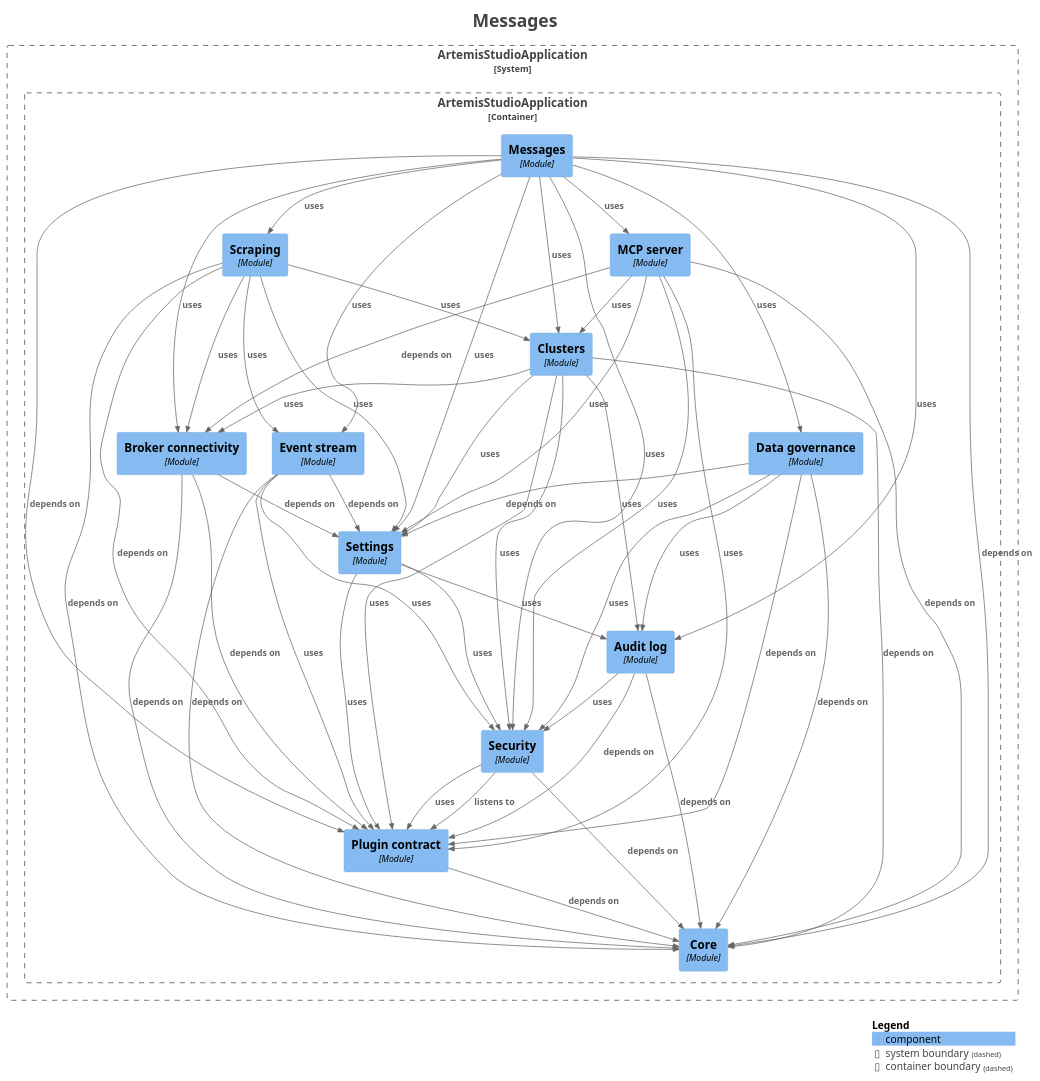
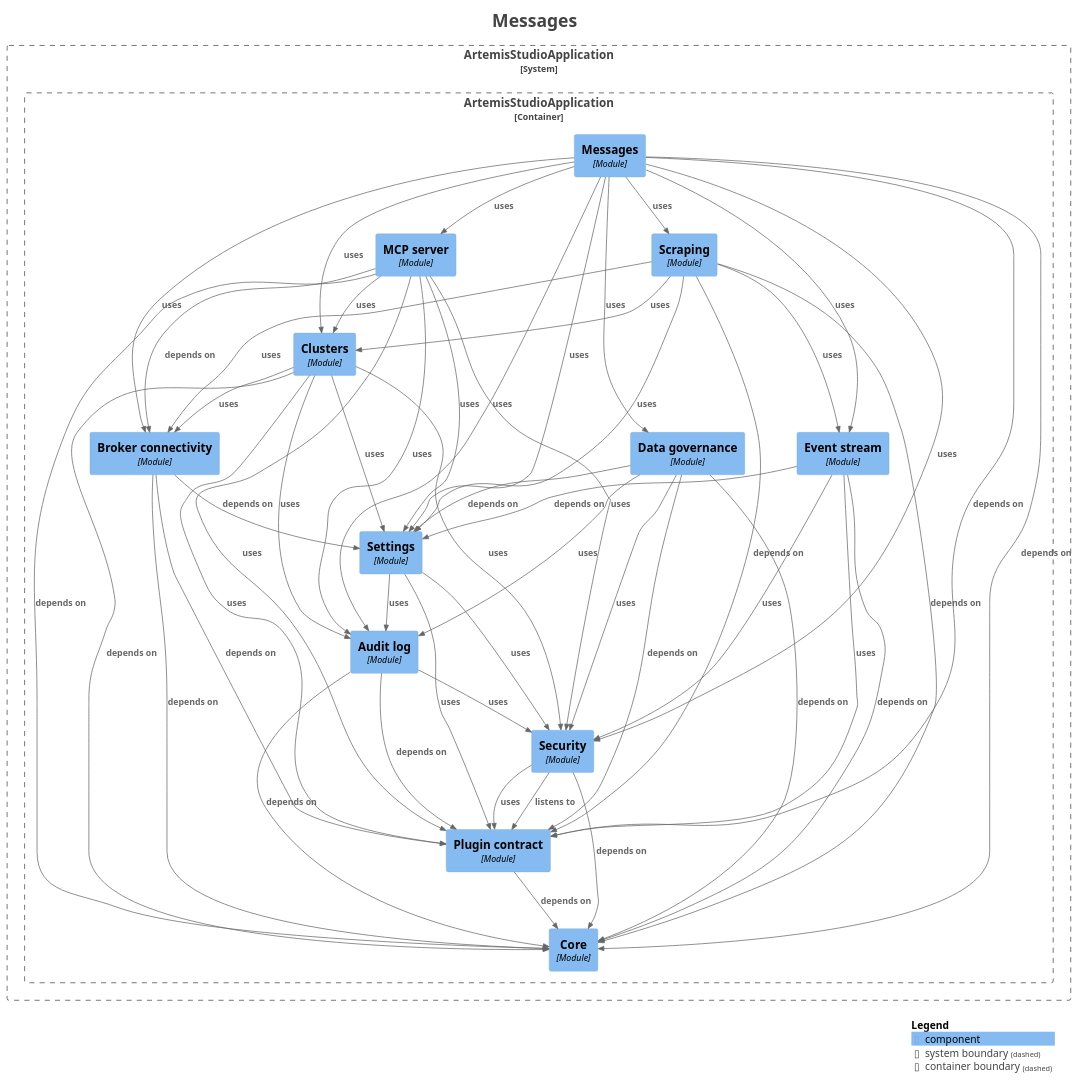
One commit to sudoitir/artemis-studio changed the diagram in docs/modules/module-feature.messages.puml. Above: the diagram before and after it, drawn with PlantUML. The commit also changed 24 other files, not shown here.

```diff
--- a/docs/modules/module-feature.messages.puml
+++ b/docs/modules/module-feature.messages.puml
@@ -1,90 +1,91 @@
 @startuml
 title <size:24>Messages</size>
 
 set separator none
 top to bottom direction
 
 <style>
   root {
     BackgroundColor: #ffffff
     FontColor: #444444
   }
 </style>
 
 !include <C4/C4>
 !include <C4/C4_Context>
 !include <C4/C4_Component>
 
 System_Boundary("ArtemisStudioApplication_boundary", "ArtemisStudioApplication", $tags="") {
   Container_Boundary("ArtemisStudioApplication.ArtemisStudioApplication_boundary", "ArtemisStudioApplication", $tags="") {
     Component(ArtemisStudioApplication.ArtemisStudioApplication.Settings, "Settings", $techn="Module", $descr="", $tags="", $link="")
     Component(ArtemisStudioApplication.ArtemisStudioApplication.Eventstream, "Event stream", $techn="Module", $descr="", $tags="", $link="")
     Component(ArtemisStudioApplication.ArtemisStudioApplication.Brokerconnectivity, "Broker connectivity", $techn="Module", $descr="", $tags="", $link="")
     Component(ArtemisStudioApplication.ArtemisStudioApplication.Clusters, "Clusters", $techn="Module", $descr="", $tags="", $link="")
     Component(ArtemisStudioApplication.ArtemisStudioApplication.Datagovernance, "Data governance", $techn="Module", $descr="", $tags="", $link="")
     Component(ArtemisStudioApplication.ArtemisStudioApplication.MCPserver, "MCP server", $techn="Module", $descr="", $tags="", $link="")
     Component(ArtemisStudioApplication.ArtemisStudioApplication.Scraping, "Scraping", $techn="Module", $descr="", $tags="", $link="")
     Component(ArtemisStudioApplication.ArtemisStudioApplication.Messages, "Messages", $techn="Module", $descr="", $tags="", $link="")
     Component(ArtemisStudioApplication.ArtemisStudioApplication.Core, "Core", $techn="Module", $descr="", $tags="", $link="")
     Component(ArtemisStudioApplication.ArtemisStudioApplication.Plugincontract, "Plugin contract", $techn="Module", $descr="", $tags="", $link="")
     Component(ArtemisStudioApplication.ArtemisStudioApplication.Security, "Security", $techn="Module", $descr="", $tags="", $link="")
     Component(ArtemisStudioApplication.ArtemisStudioApplication.Auditlog, "Audit log", $techn="Module", $descr="", $tags="", $link="")
   }
 
 }
 
 Rel(ArtemisStudioApplication.ArtemisStudioApplication.Auditlog, ArtemisStudioApplication.ArtemisStudioApplication.Core, "depends on", $techn="", $tags="", $link="")
 Rel(ArtemisStudioApplication.ArtemisStudioApplication.Auditlog, ArtemisStudioApplication.ArtemisStudioApplication.Plugincontract, "depends on", $techn="", $tags="", $link="")
 Rel(ArtemisStudioApplication.ArtemisStudioApplication.Auditlog, ArtemisStudioApplication.ArtemisStudioApplication.Security, "uses", $techn="", $tags="", $link="")
 Rel(ArtemisStudioApplication.ArtemisStudioApplication.Brokerconnectivity, ArtemisStudioApplication.ArtemisStudioApplication.Core, "depends on", $techn="", $tags="", $link="")
 Rel(ArtemisStudioApplication.ArtemisStudioApplication.Brokerconnectivity, ArtemisStudioApplication.ArtemisStudioApplication.Plugincontract, "depends on", $techn="", $tags="", $link="")
 Rel(ArtemisStudioApplication.ArtemisStudioApplication.Brokerconnectivity, ArtemisStudioApplication.ArtemisStudioApplication.Settings, "depends on", $techn="", $tags="", $link="")
 Rel(ArtemisStudioApplication.ArtemisStudioApplication.Clusters, ArtemisStudioApplication.ArtemisStudioApplication.Auditlog, "uses", $techn="", $tags="", $link="")
 Rel(ArtemisStudioApplication.ArtemisStudioApplication.Clusters, ArtemisStudioApplication.ArtemisStudioApplication.Brokerconnectivity, "uses", $techn="", $tags="", $link="")
 Rel(ArtemisStudioApplication.ArtemisStudioApplication.Clusters, ArtemisStudioApplication.ArtemisStudioApplication.Core, "depends on", $techn="", $tags="", $link="")
 Rel(ArtemisStudioApplication.ArtemisStudioApplication.Clusters, ArtemisStudioApplication.ArtemisStudioApplication.Plugincontract, "uses", $techn="", $tags="", $link="")
 Rel(ArtemisStudioApplication.ArtemisStudioApplication.Clusters, ArtemisStudioApplication.ArtemisStudioApplication.Security, "uses", $techn="", $tags="", $link="")
 Rel(ArtemisStudioApplication.ArtemisStudioApplication.Clusters, ArtemisStudioApplication.ArtemisStudioApplication.Settings, "uses", $techn="", $tags="", $link="")
 Rel(ArtemisStudioApplication.ArtemisStudioApplication.Datagovernance, ArtemisStudioApplication.ArtemisStudioApplication.Auditlog, "uses", $techn="", $tags="", $link="")
 Rel(ArtemisStudioApplication.ArtemisStudioApplication.Datagovernance, ArtemisStudioApplication.ArtemisStudioApplication.Core, "depends on", $techn="", $tags="", $link="")
 Rel(ArtemisStudioApplication.ArtemisStudioApplication.Datagovernance, ArtemisStudioApplication.ArtemisStudioApplication.Plugincontract, "depends on", $techn="", $tags="", $link="")
 Rel(ArtemisStudioApplication.ArtemisStudioApplication.Datagovernance, ArtemisStudioApplication.ArtemisStudioApplication.Security, "uses", $techn="", $tags="", $link="")
 Rel(ArtemisStudioApplication.ArtemisStudioApplication.Datagovernance, ArtemisStudioApplication.ArtemisStudioApplication.Settings, "depends on", $techn="", $tags="", $link="")
 Rel(ArtemisStudioApplication.ArtemisStudioApplication.Eventstream, ArtemisStudioApplication.ArtemisStudioApplication.Core, "depends on", $techn="", $tags="", $link="")
 Rel(ArtemisStudioApplication.ArtemisStudioApplication.Eventstream, ArtemisStudioApplication.ArtemisStudioApplication.Plugincontract, "uses", $techn="", $tags="", $link="")
 Rel(ArtemisStudioApplication.ArtemisStudioApplication.Eventstream, ArtemisStudioApplication.ArtemisStudioApplication.Security, "uses", $techn="", $tags="", $link="")
 Rel(ArtemisStudioApplication.ArtemisStudioApplication.Eventstream, ArtemisStudioApplication.ArtemisStudioApplication.Settings, "depends on", $techn="", $tags="", $link="")
+Rel(ArtemisStudioApplication.ArtemisStudioApplication.MCPserver, ArtemisStudioApplication.ArtemisStudioApplication.Auditlog, "uses", $techn="", $tags="", $link="")
 Rel(ArtemisStudioApplication.ArtemisStudioApplication.MCPserver, ArtemisStudioApplication.ArtemisStudioApplication.Brokerconnectivity, "depends on", $techn="", $tags="", $link="")
 Rel(ArtemisStudioApplication.ArtemisStudioApplication.MCPserver, ArtemisStudioApplication.ArtemisStudioApplication.Clusters, "uses", $techn="", $tags="", $link="")
 Rel(ArtemisStudioApplication.ArtemisStudioApplication.MCPserver, ArtemisStudioApplication.ArtemisStudioApplication.Core, "depends on", $techn="", $tags="", $link="")
 Rel(ArtemisStudioApplication.ArtemisStudioApplication.MCPserver, ArtemisStudioApplication.ArtemisStudioApplication.Plugincontract, "uses", $techn="", $tags="", $link="")
 Rel(ArtemisStudioApplication.ArtemisStudioApplication.MCPserver, ArtemisStudioApplication.ArtemisStudioApplication.Security, "uses", $techn="", $tags="", $link="")
 Rel(ArtemisStudioApplication.ArtemisStudioApplication.MCPserver, ArtemisStudioApplication.ArtemisStudioApplication.Settings, "uses", $techn="", $tags="", $link="")
 Rel(ArtemisStudioApplication.ArtemisStudioApplication.Messages, ArtemisStudioApplication.ArtemisStudioApplication.Auditlog, "uses", $techn="", $tags="", $link="")
 Rel(ArtemisStudioApplication.ArtemisStudioApplication.Messages, ArtemisStudioApplication.ArtemisStudioApplication.Brokerconnectivity, "uses", $techn="", $tags="", $link="")
 Rel(ArtemisStudioApplication.ArtemisStudioApplication.Messages, ArtemisStudioApplication.ArtemisStudioApplication.Clusters, "uses", $techn="", $tags="", $link="")
 Rel(ArtemisStudioApplication.ArtemisStudioApplication.Messages, ArtemisStudioApplication.ArtemisStudioApplication.Core, "depends on", $techn="", $tags="", $link="")
 Rel(ArtemisStudioApplication.ArtemisStudioApplication.Messages, ArtemisStudioApplication.ArtemisStudioApplication.Datagovernance, "uses", $techn="", $tags="", $link="")
 Rel(ArtemisStudioApplication.ArtemisStudioApplication.Messages, ArtemisStudioApplication.ArtemisStudioApplication.Eventstream, "uses", $techn="", $tags="", $link="")
 Rel(ArtemisStudioApplication.ArtemisStudioApplication.Messages, ArtemisStudioApplication.ArtemisStudioApplication.MCPserver, "uses", $techn="", $tags="", $link="")
 Rel(ArtemisStudioApplication.ArtemisStudioApplication.Messages, ArtemisStudioApplication.ArtemisStudioApplication.Plugincontract, "depends on", $techn="", $tags="", $link="")
 Rel(ArtemisStudioApplication.ArtemisStudioApplication.Messages, ArtemisStudioApplication.ArtemisStudioApplication.Scraping, "uses", $techn="", $tags="", $link="")
 Rel(ArtemisStudioApplication.ArtemisStudioApplication.Messages, ArtemisStudioApplication.ArtemisStudioApplication.Security, "uses", $techn="", $tags="", $link="")
 Rel(ArtemisStudioApplication.ArtemisStudioApplication.Messages, ArtemisStudioApplication.ArtemisStudioApplication.Settings, "uses", $techn="", $tags="", $link="")
 Rel(ArtemisStudioApplication.ArtemisStudioApplication.Plugincontract, ArtemisStudioApplication.ArtemisStudioApplication.Core, "depends on", $techn="", $tags="", $link="")
 Rel(ArtemisStudioApplication.ArtemisStudioApplication.Scraping, ArtemisStudioApplication.ArtemisStudioApplication.Brokerconnectivity, "uses", $techn="", $tags="", $link="")
 Rel(ArtemisStudioApplication.ArtemisStudioApplication.Scraping, ArtemisStudioApplication.ArtemisStudioApplication.Clusters, "uses", $techn="", $tags="", $link="")
 Rel(ArtemisStudioApplication.ArtemisStudioApplication.Scraping, ArtemisStudioApplication.ArtemisStudioApplication.Core, "depends on", $techn="", $tags="", $link="")
 Rel(ArtemisStudioApplication.ArtemisStudioApplication.Scraping, ArtemisStudioApplication.ArtemisStudioApplication.Eventstream, "uses", $techn="", $tags="", $link="")
 Rel(ArtemisStudioApplication.ArtemisStudioApplication.Scraping, ArtemisStudioApplication.ArtemisStudioApplication.Plugincontract, "depends on", $techn="", $tags="", $link="")
 Rel(ArtemisStudioApplication.ArtemisStudioApplication.Scraping, ArtemisStudioApplication.ArtemisStudioApplication.Settings, "uses", $techn="", $tags="", $link="")
 Rel(ArtemisStudioApplication.ArtemisStudioApplication.Security, ArtemisStudioApplication.ArtemisStudioApplication.Core, "depends on", $techn="", $tags="", $link="")
 Rel(ArtemisStudioApplication.ArtemisStudioApplication.Security, ArtemisStudioApplication.ArtemisStudioApplication.Plugincontract, "listens to", $techn="", $tags="", $link="")
 Rel(ArtemisStudioApplication.ArtemisStudioApplication.Security, ArtemisStudioApplication.ArtemisStudioApplication.Plugincontract, "uses", $techn="", $tags="", $link="")
 Rel(ArtemisStudioApplication.ArtemisStudioApplication.Settings, ArtemisStudioApplication.ArtemisStudioApplication.Auditlog, "uses", $techn="", $tags="", $link="")
 Rel(ArtemisStudioApplication.ArtemisStudioApplication.Settings, ArtemisStudioApplication.ArtemisStudioApplication.Plugincontract, "uses", $techn="", $tags="", $link="")
 Rel(ArtemisStudioApplication.ArtemisStudioApplication.Settings, ArtemisStudioApplication.ArtemisStudioApplication.Security, "uses", $techn="", $tags="", $link="")
 
 SHOW_LEGEND(true)
 hide stereotypes
 @enduml
```
